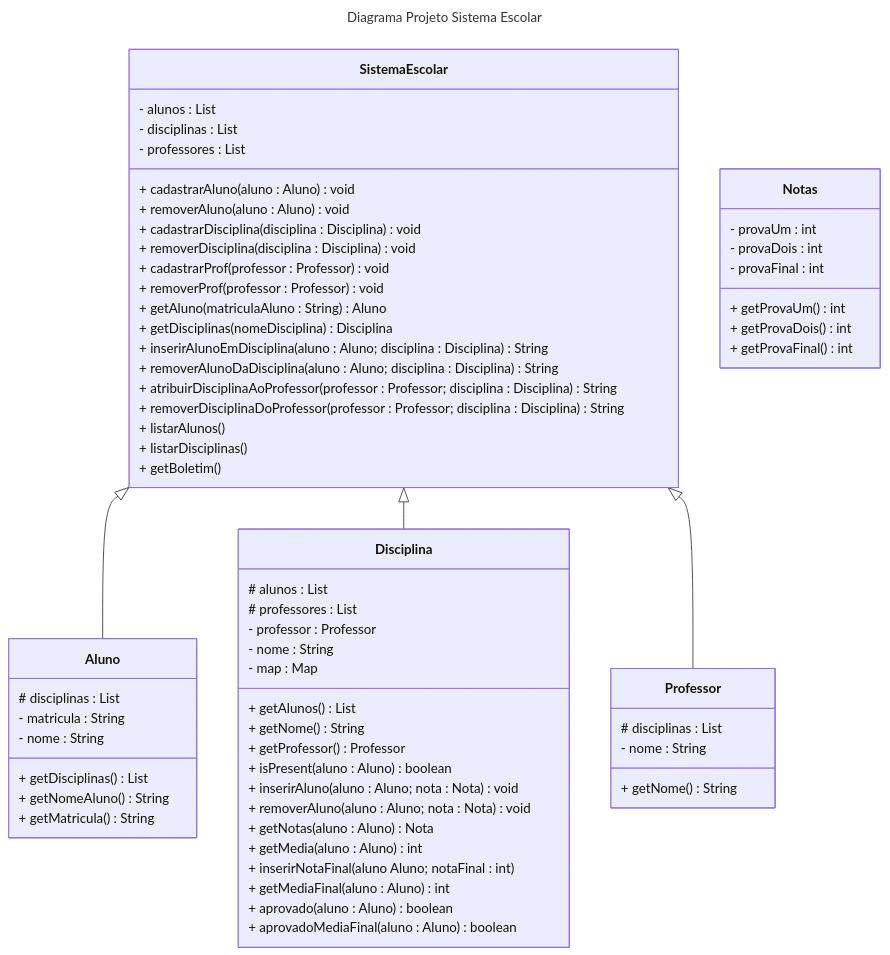
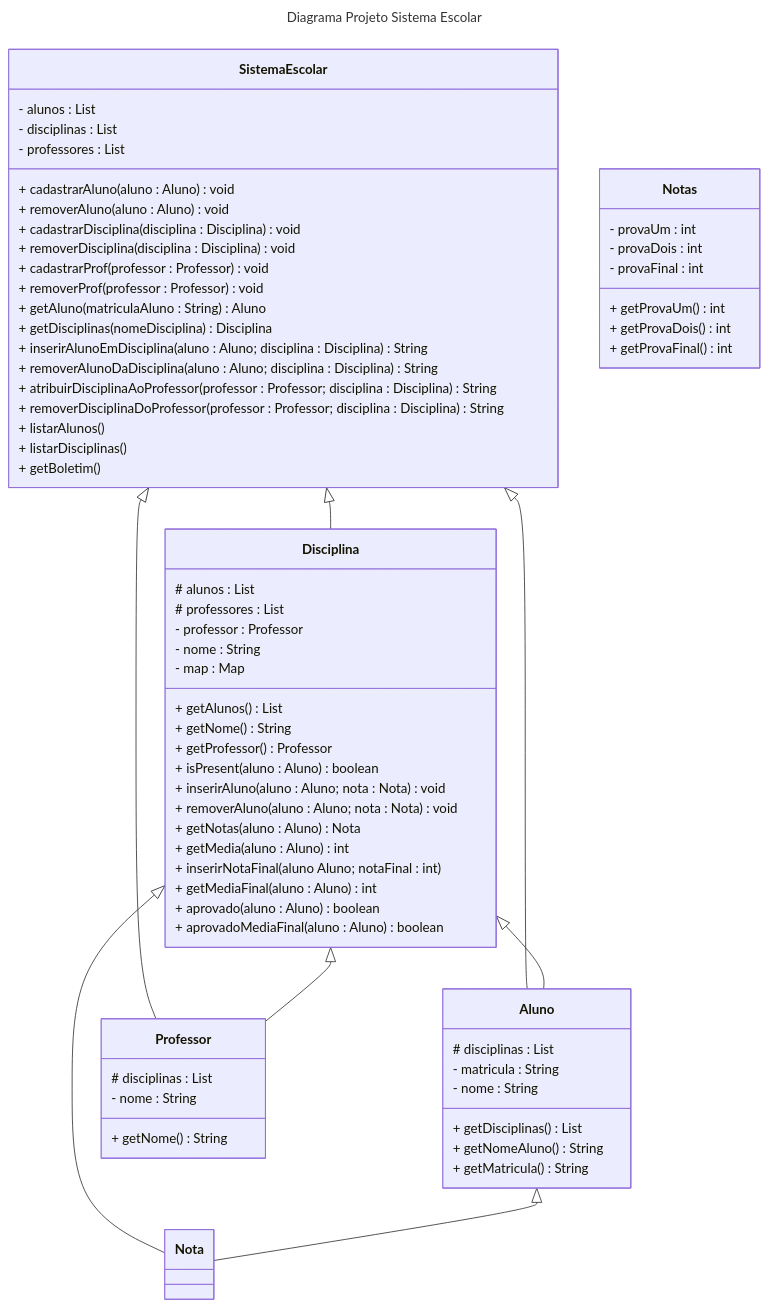
Before and after one commit to vSteps/POO: the diagram in Projeto_POO/diagrama.md, drawn with Mermaid.

````diff
--- a/Projeto_POO/diagrama.md
+++ b/Projeto_POO/diagrama.md
@@ -1,74 +1,78 @@
 ```mermaid
 ---
 title: Diagrama Projeto Sistema Escolar
 ---
 classDiagram
     SistemaEscolar <|-- Aluno
     SistemaEscolar <|-- Disciplina
     SistemaEscolar <|-- Professor
+    Disciplina <|-- Professor
+    Disciplina <|-- Aluno
+    Disciplina <|-- Nota
+    Aluno <|-- Nota
 
 
     class SistemaEscolar{
          - alunos : List<Aluno>
          - disciplinas : List<Disciplina>
          - professores : List<Professor>
          + cadastrarAluno(aluno : Aluno) void
          + removerAluno(aluno : Aluno) void
          + cadastrarDisciplina(disciplina : Disciplina) void
          + removerDisciplina(disciplina : Disciplina) void
          + cadastrarProf(professor : Professor) void
          + removerProf(professor : Professor) void
          + getAluno(matriculaAluno : String) Aluno
          + getDisciplinas(nomeDisciplina) Disciplina
          + inserirAlunoEmDisciplina(aluno : Aluno; disciplina : Disciplina) String
          + removerAlunoDaDisciplina(aluno : Aluno; disciplina : Disciplina) String
          + atribuirDisciplinaAoProfessor(professor : Professor; disciplina : Disciplina) String
          + removerDisciplinaDoProfessor(professor : Professor; disciplina : Disciplina) String
          + listarAlunos()
          + listarDisciplinas()
          + getBoletim()
     }
     class Aluno{
         # disciplinas : List<Disciplina>
         - matricula : String
         - nome : String
         + getDisciplinas() List<Disciplina>
         + getNomeAluno() String
         + getMatricula() String
         
     }
     class Disciplina{
         # alunos : List<Aluno>
         # professores : List<Professor>
         - professor : Professor
         - nome : String
         - map : Map<Aluno, Nota>
         + getAlunos() List<Aluno>
         + getNome()  String
         + getProfessor()  Professor
         + isPresent(aluno : Aluno)  boolean
         + inserirAluno(aluno : Aluno; nota : Nota)  void
         + removerAluno(aluno : Aluno; nota : Nota)  void
         + getNotas(aluno : Aluno)  Nota
         + getMedia(aluno : Aluno)  int
         + inserirNotaFinal(aluno  Aluno; notaFinal : int)
         + getMediaFinal(aluno : Aluno)  int
         + aprovado(aluno : Aluno)  boolean
         + aprovadoMediaFinal(aluno : Aluno)  boolean
     }
     class Professor{
         # disciplinas : List<Disciplina>
         - nome : String
         + getNome()  String
     }
 
     class Notas{
         - provaUm : int
         - provaDois : int
         - provaFinal : int
         + getProvaUm()  int
         + getProvaDois()  int
         + getProvaFinal()  int
     }
 
 ```
````
